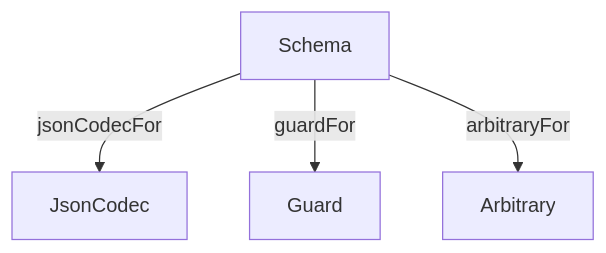
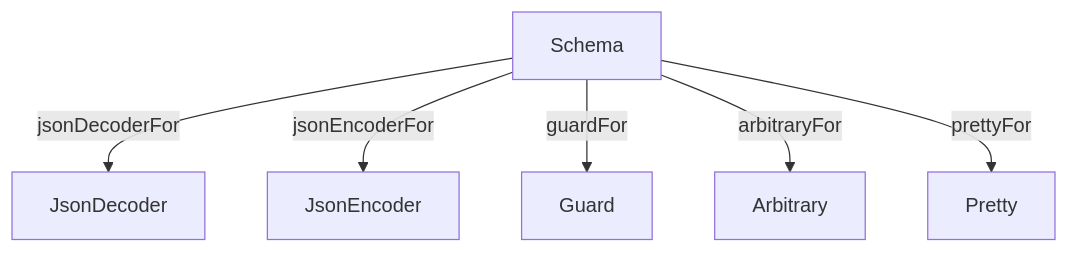
The diagram in README.md (Effect-TS/schema), drawn with Mermaid before and after one commit. The commit also changed other lines of this file and 43 other files, not shown here.

````diff
--- a/README.md
+++ b/README.md
@@ -17,6 +17,8 @@
 ```mermaid
 flowchart TD
-  Schema -->|jsonCodecFor| JsonCodec
+  Schema -->|jsonDecoderFor| JsonDecoder
+  Schema -->|jsonEncoderFor| JsonEncoder
   Schema -->|guardFor| Guard
   Schema -->|arbitraryFor| Arbitrary
+  Schema -->|prettyFor| Pretty
 ```
````
